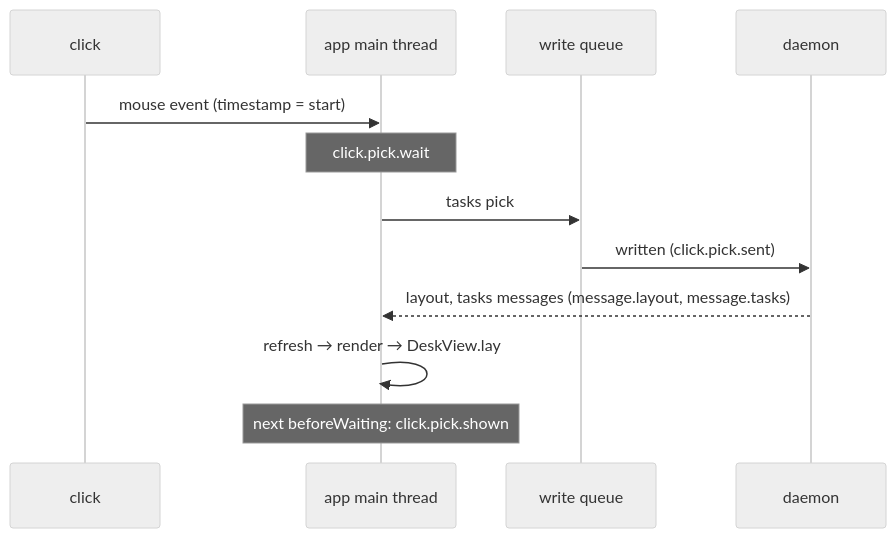
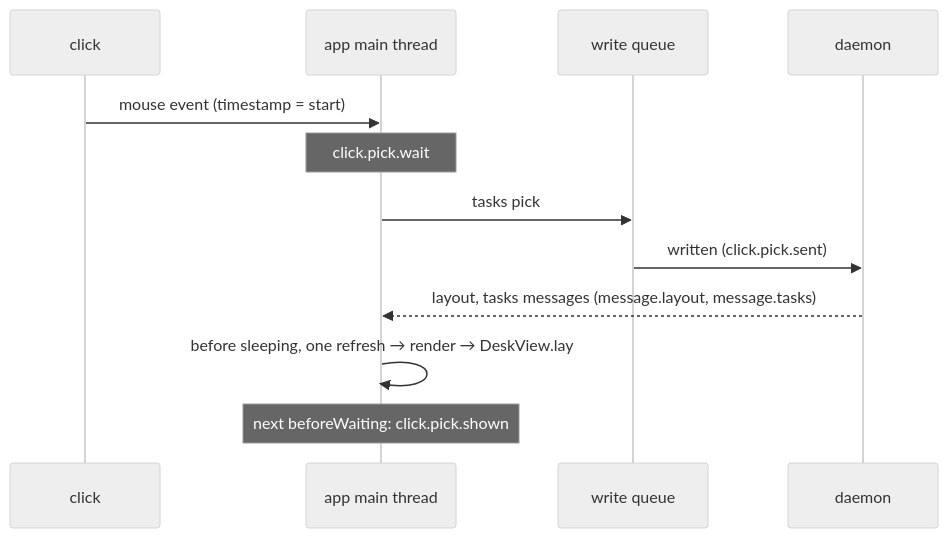
Before and after one commit to tampopogk/kanna: the diagram in docs/specs/performance-monitoring.md, drawn with Mermaid (neutral theme). The commit also changed other lines of this file and 10 other files, not shown here.

````diff
--- a/docs/specs/performance-monitoring.md
+++ b/docs/specs/performance-monitoring.md
@@ -39,14 +39,14 @@
 ```mermaid
 sequenceDiagram
     participant U as click
     participant M as app main thread
     participant W as write queue
     participant D as daemon
     U->>M: mouse event (timestamp = start)
     Note over M: click.pick.wait
     M->>W: tasks pick
     W->>D: written (click.pick.sent)
     D-->>M: layout, tasks messages (message.layout, message.tasks)
-    M->>M: refresh → render → DeskView.lay
+    M->>M: before sleeping, one refresh → render → DeskView.lay
     Note over M: next beforeWaiting: click.pick.shown
 ```
````
